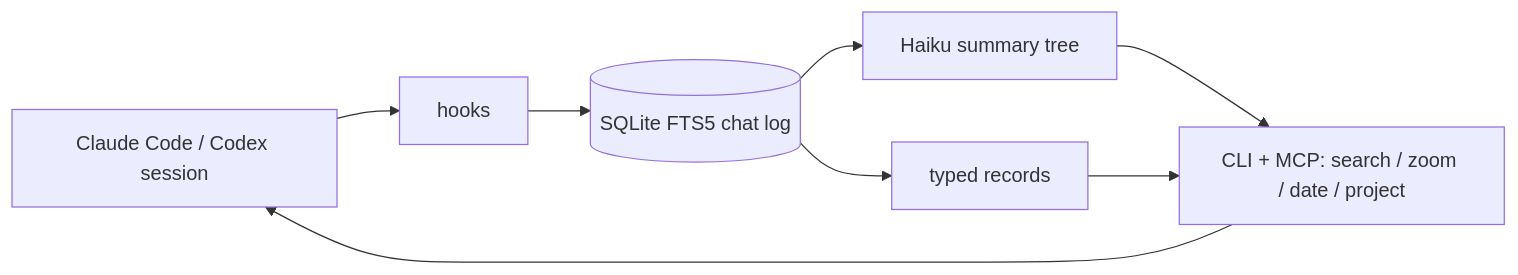
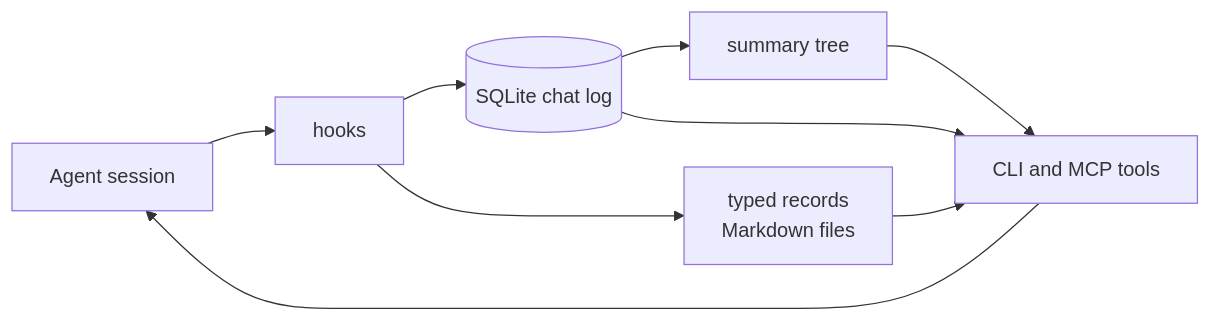
The diagram in README.md (ecyx00/memrove), drawn with Mermaid before and after one commit. The commit also changed other lines of this file, not shown here.

````diff
--- a/README.md
+++ b/README.md
@@ -30,10 +81,11 @@
 ```mermaid
 flowchart LR
-  A[Claude Code / Codex session] --> B[hooks]
-  B --> C[(SQLite FTS5 chat log)]
-  C --> D[Haiku summary tree]
-  C --> E[typed records]
-  D --> F[CLI + MCP: search / zoom / date / project]
+  A[Agent session] --> B[hooks]
+  B --> C[(SQLite chat log)]
+  C --> D[summary tree]
+  B --> E[typed records<br/>Markdown files]
+  D --> F[CLI and MCP tools]
   E --> F
+  C --> F
   F --> A
 ```
````
